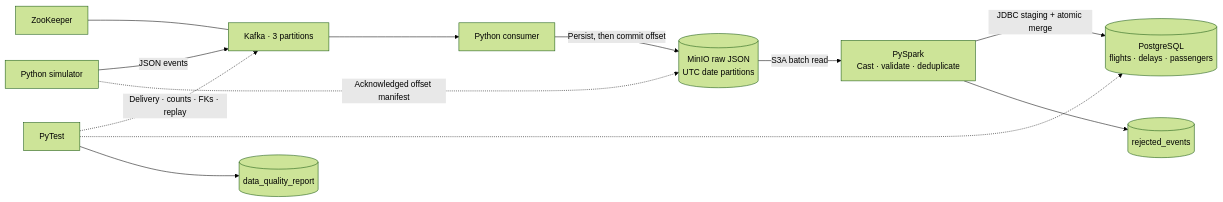
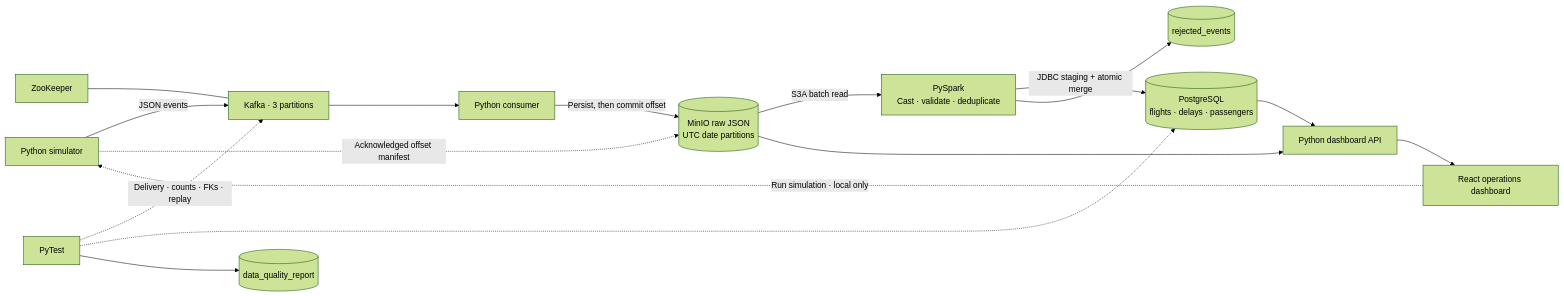
One commit to varun566/airline-ops-data-platform changed the diagram in README.md. Above: the diagram before and after it, drawn with Mermaid (forest theme). The commit also changed other lines of this file and 119 other files, not shown here.

````diff
--- a/README.md
+++ b/README.md
@@ -14,14 +14,18 @@
 ```mermaid
 flowchart LR
     P[Python simulator] -->|JSON events| K[Kafka · 3 partitions]
     Z[ZooKeeper] --- K
     K --> C[Python consumer]
     C -->|Persist, then commit offset| M[(MinIO raw JSON<br/>UTC date partitions)]
     P -.->|Acknowledged offset manifest| M
     M -->|S3A batch read| S[PySpark<br/>Cast · validate · deduplicate]
     S -->|JDBC staging + atomic merge| DB[(PostgreSQL<br/>flights · delays · passengers)]
     S --> Q[(rejected_events)]
+    DB --> API[Python dashboard API]
+    M --> API
+    API --> UI[React operations dashboard]
+    UI -.->|Run simulation · local only| P
     T[PyTest] -.->|Delivery · counts · FKs · replay| K
     T -.-> DB
     T --> R[(data_quality_report)]
 ```
````
